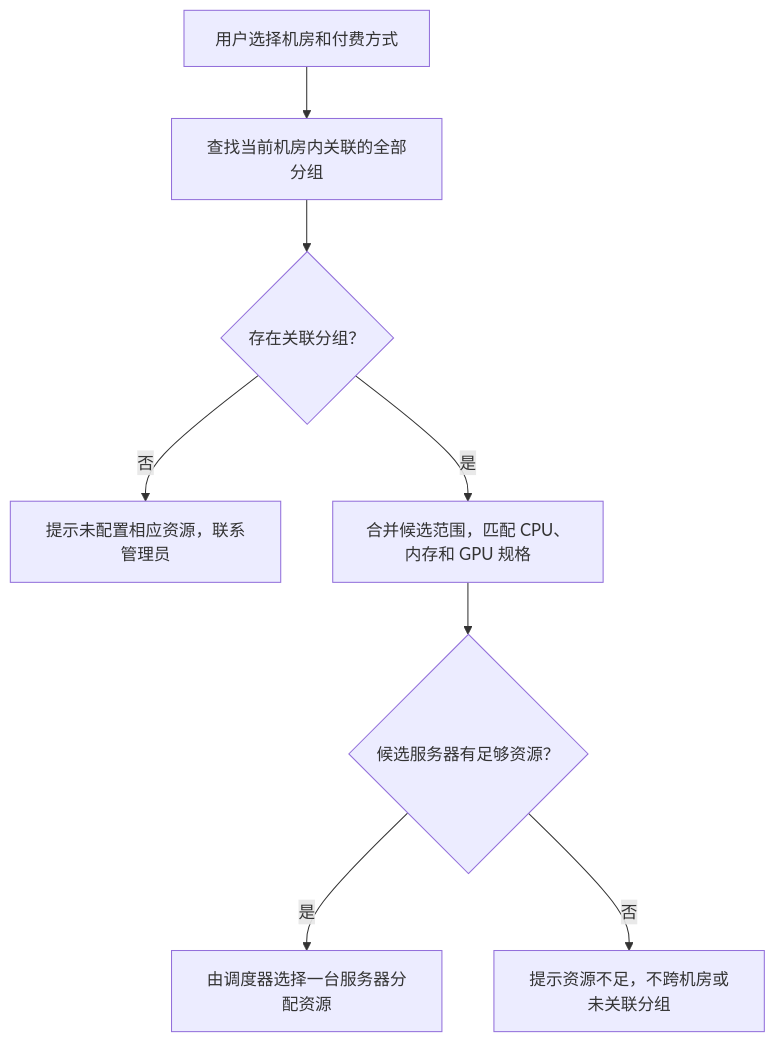
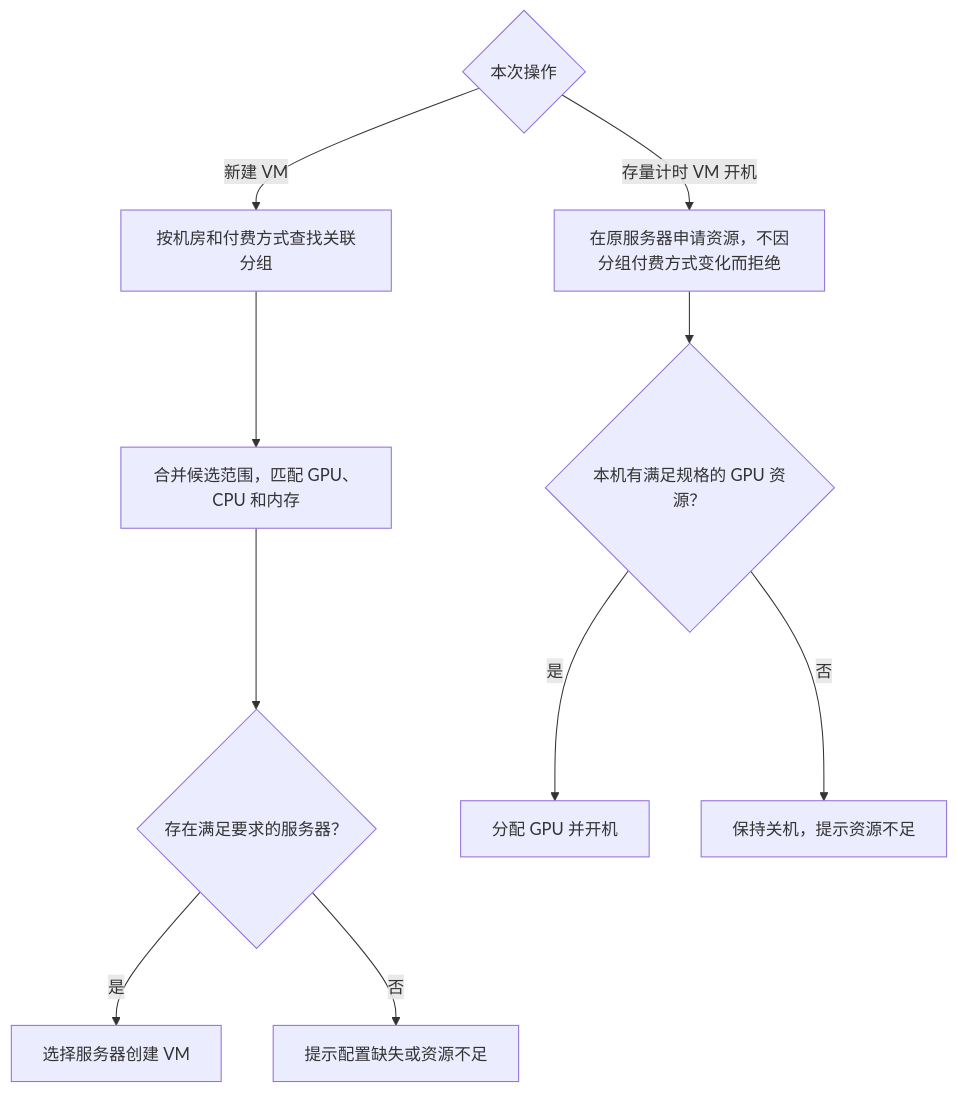
One commit to ks00171017-sk/onelinkai-console-preview changed the fourth of 4 diagrams in public/prototypes/运营端/GPU资源分组-流程图.md. Above: the diagram before and after it, drawn with Mermaid. The commit also changed other lines of this file and 1 other file, not shown here.

````diff
--- a/public/prototypes/运营端/GPU资源分组-流程图.md
+++ b/public/prototypes/运营端/GPU资源分组-流程图.md
@@ -73,10 +80,13 @@
 ```mermaid
 flowchart TD
-  billing["用户选择机房和付费方式"] --> groups["查找当前机房内关联的全部分组"]
-  groups --> configured{"存在关联分组？"}
-  configured -->|"否"| missing["提示未配置相应资源，联系管理员"]
-  configured -->|"是"| match["合并候选范围，匹配 CPU、内存和 GPU 规格"]
-  match --> enough{"候选服务器有足够资源？"}
-  enough -->|"是"| allocate["由调度器选择一台服务器分配资源"]
-  enough -->|"否"| deny["提示资源不足，不跨机房或未关联分组"]
+  request{"本次操作"}
+  request -->|"新建 VM"| region["按机房和付费方式查找关联分组"]
+  region --> candidates["合并候选范围，匹配 GPU、CPU 和内存"]
+  candidates --> enough{"存在满足要求的服务器？"}
+  enough -->|"是"| allocate["选择服务器创建 VM"]
+  enough -->|"否"| failCreate["提示配置缺失或资源不足"]
+  request -->|"存量计时 VM 开机"| original["在原服务器申请资源，不因分组付费方式变化而拒绝"]
+  original --> free{"本机有满足规格的 GPU 资源？"}
+  free -->|"是"| start["分配 GPU 并开机"]
+  free -->|"否"| failStart["保持关机，提示资源不足"]
 ```
````
